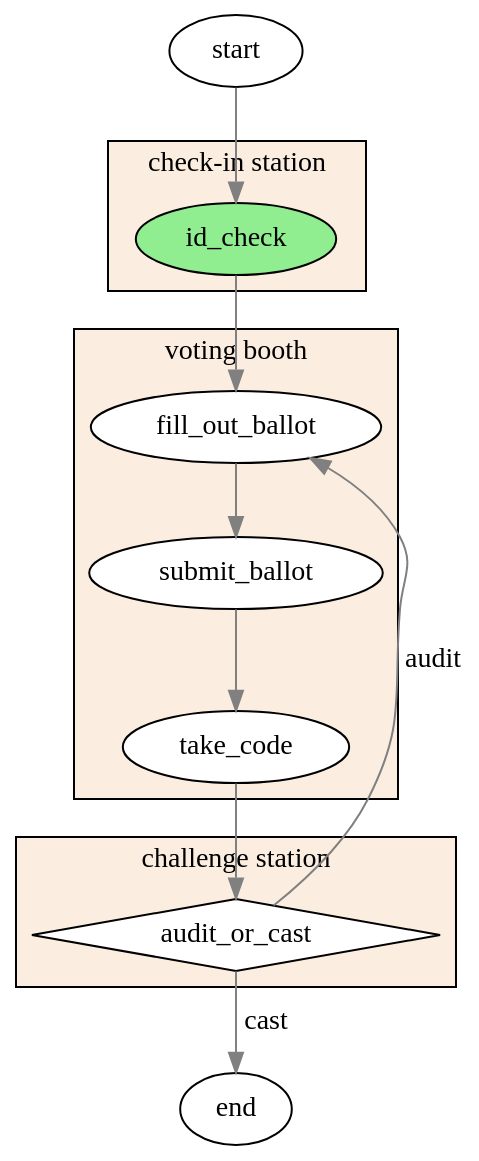
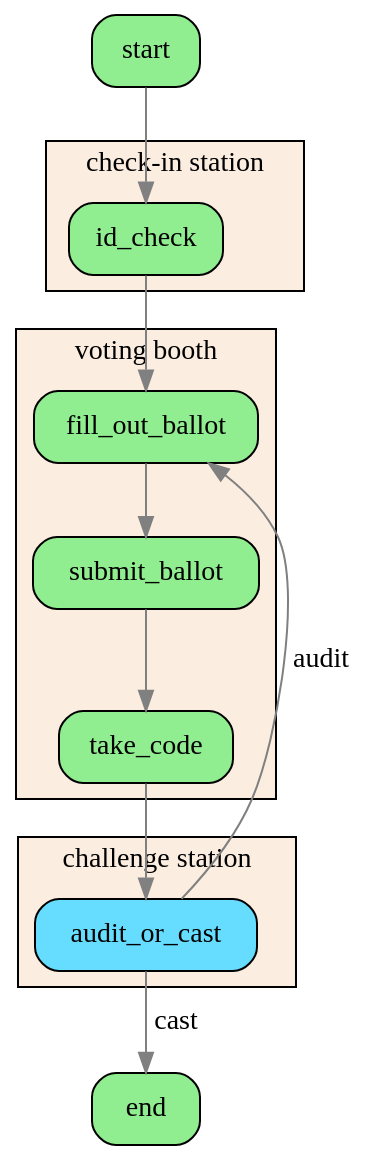
The diagram in src/posts/2024/10/15/mechanics-of-the-benaloh-challenge/current-workflow.dot (jefdaj/cryptoisland), drawn with Graphviz before and after one commit. The commit also changed 4 other files, not shown here.

```diff
--- a/src/posts/2024/10/15/mechanics-of-the-benaloh-challenge/current-workflow.dot
+++ b/src/posts/2024/10/15/mechanics-of-the-benaloh-challenge/current-workflow.dot
@@ -1,37 +1,36 @@
 digraph current_workflow {
   rankdir=TB
   bgcolor=transparent
-  node [style=filled, fillcolor=white]
+  node [shape=box, style="rounded,filled", fillcolor=lightgreen]
   edge [color=grey]
 
   start
   end
-  start -> id_check
   subgraph cluster_votingbooth {
     bgcolor="#fbeee0"
     label="voting booth"
     fill_out_ballot -> submit_ballot -> take_code
   }
   subgraph cluster_checkin {
     bgcolor="#fbeee0"
     label="check-in station"
-    id_check [fillcolor=lightgreen]
     id_check -> fill_out_ballot
   }
   subgraph cluster_challenge {
     bgcolor="#fbeee0"
     label="challenge station"
-    audit_or_cast [shape=diamond]
+    audit_or_cast [fillcolor="#66ddff"] // blue
   }
   // TODO separate post
   // subgraph cluster_verify {
   //   label="verify tally"
   //   verify_vote_included -> verify_tally
   // }
+  start -> id_check
   take_code -> audit_or_cast
   audit_or_cast -> fill_out_ballot [label="audit", weight=0]
   // audit_or_cast -> verify_vote_included [label="cast"]
   audit_or_cast -> end [label="cast"]
   // verify_vote_included -> end
   // verify_tally -> end
 }
```
